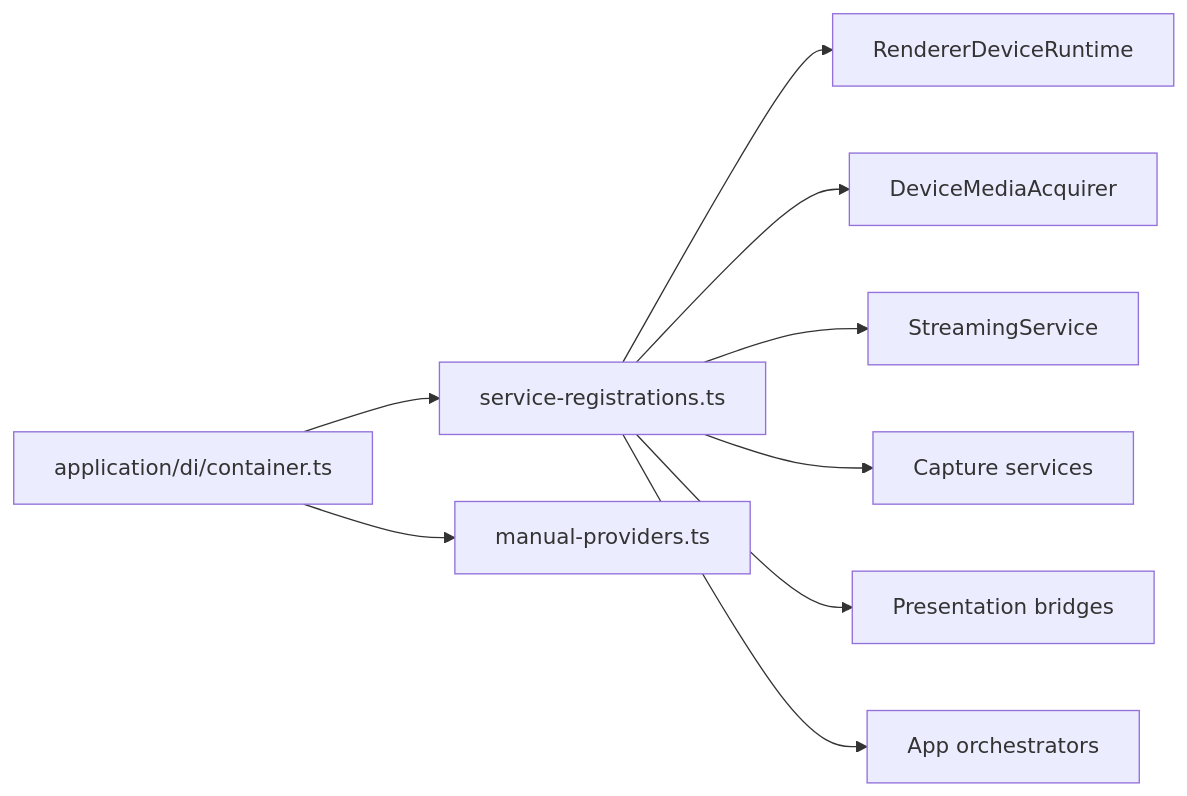
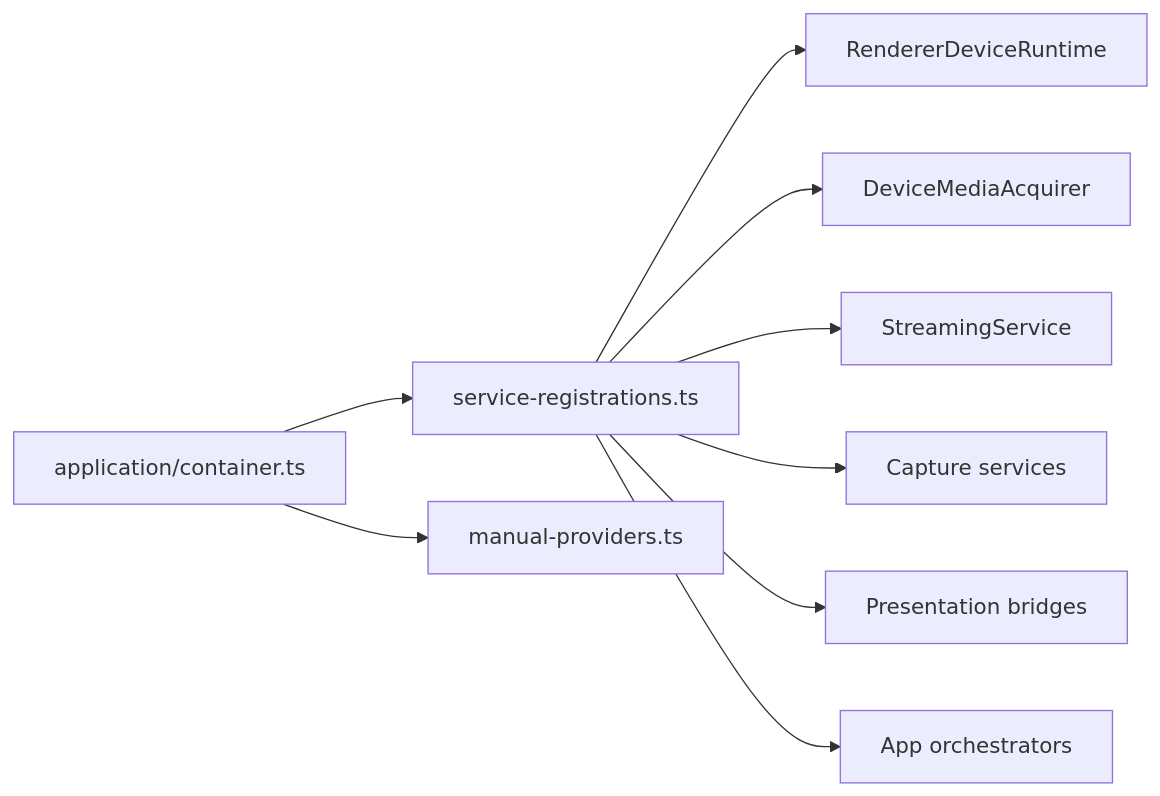
The first of 8 diagrams in docs/architecture-diagrams.md (josstei/prismgb-app), drawn with Mermaid before and after one commit. The commit also changed 48 other files, not shown here.

````diff
--- a/docs/architecture-diagrams.md
+++ b/docs/architecture-diagrams.md
@@ -20,21 +20,21 @@
 ```mermaid
 flowchart LR
-  Container["application/di/container.ts"]
+  Container["application/container.ts"]
   Standard["service-registrations.ts"]
   Manual["manual-providers.ts"]
   DeviceRuntime[RendererDeviceRuntime]
   MediaAcquirer[DeviceMediaAcquirer]
   StreamingService[StreamingService]
   CaptureServices[Capture services]
   PresentationBridges[Presentation bridges]
   Orchestrators[App orchestrators]
 
   Container --> Standard
   Container --> Manual
   Standard --> DeviceRuntime
   Standard --> MediaAcquirer
   Standard --> StreamingService
   Standard --> CaptureServices
   Standard --> PresentationBridges
   Standard --> Orchestrators
 ```
````
